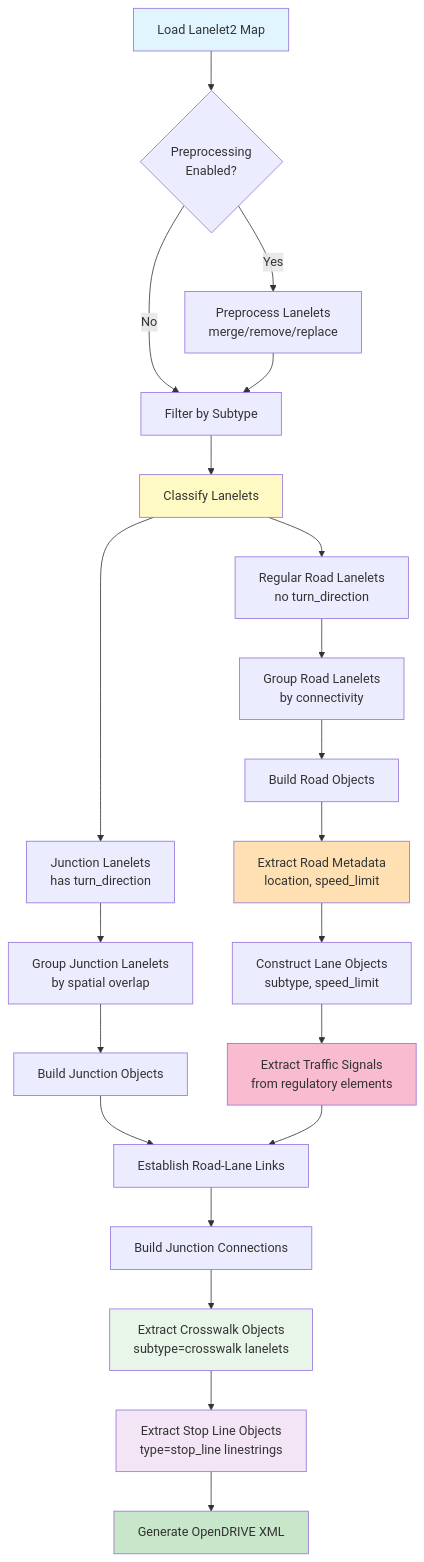
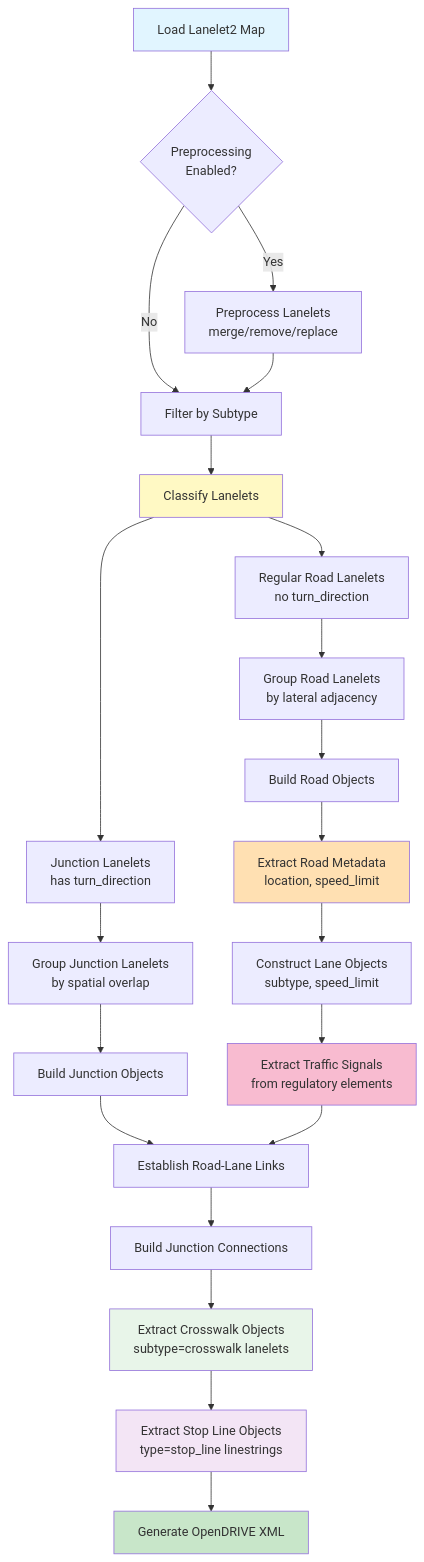
The diagram in docs/conversion-process.md (tier4/autoware_lanelet2_to_opendrive), drawn with Mermaid before and after one commit. The commit also changed other lines of this file and 1 other file, not shown here.

First line of the commit message:
docs: fix incorrect descriptions in conversion process flow

````diff
--- a/docs/conversion-process.md
+++ b/docs/conversion-process.md
@@ -20,38 +20,38 @@
 ```mermaid
 flowchart TD
     A[Load Lanelet2 Map] --> B{Preprocessing<br/>Enabled?}
     B -->|Yes| C[Preprocess Lanelets<br/>merge/remove/replace]
     B -->|No| D[Filter by Subtype]
     C --> D
 
     D --> E[Classify Lanelets]
     E --> F[Junction Lanelets<br/>has turn_direction]
     E --> G[Regular Road Lanelets<br/>no turn_direction]
 
     F --> H[Group Junction Lanelets<br/>by spatial overlap]
-    G --> I[Group Road Lanelets<br/>by connectivity]
+    G --> I[Group Road Lanelets<br/>by lateral adjacency]
 
     H --> J[Build Junction Objects]
     I --> K[Build Road Objects]
 
     K --> L[Extract Road Metadata<br/>location, speed_limit]
     L --> M[Construct Lane Objects<br/>subtype, speed_limit]
 
     M --> N[Extract Traffic Signals<br/>from regulatory elements]
 
     J --> O[Establish Road-Lane Links]
     N --> O
 
     O --> P[Build Junction Connections]
     P --> R[Extract Crosswalk Objects<br/>subtype=crosswalk lanelets]
     R --> S[Extract Stop Line Objects<br/>type=stop_line linestrings]
     S --> Q[Generate OpenDRIVE XML]
 
     style A fill:#e1f5ff
     style Q fill:#c8e6c9
     style E fill:#fff9c4
     style L fill:#ffe0b2
     style N fill:#f8bbd0
     style R fill:#e8f5e9
     style S fill:#f3e5f5
 ```
````
